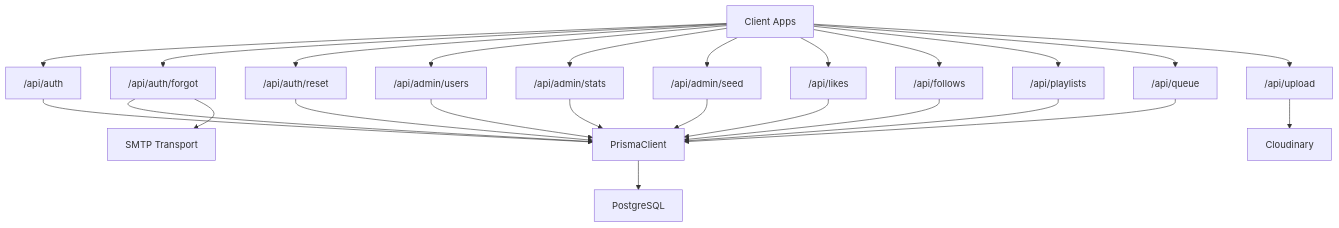
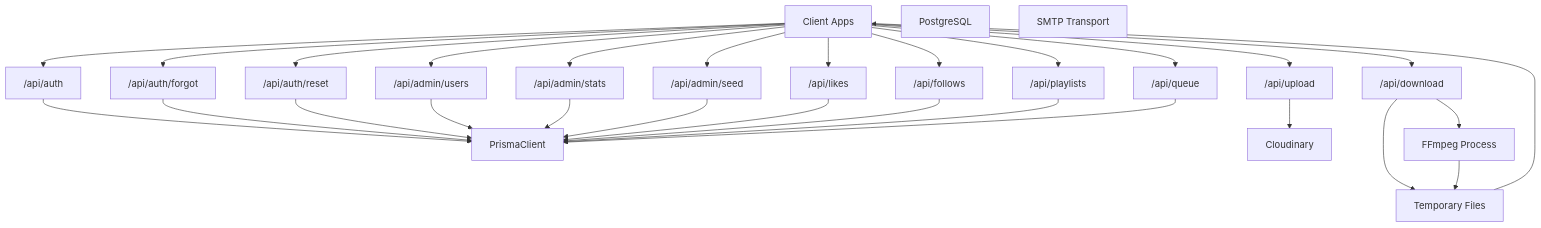
One commit to moindestiny/SonicStream changed the second of 10 diagrams in .qoder/repowiki/en/content/Architecture Overview/Backend Architecture/Backend Architecture.md. Above: the diagram before and after it, drawn with Mermaid. The commit also changed other lines of this file and 12 other files, not shown here.

````diff
--- a/.qoder/repowiki/en/content/Architecture Overview/Backend Architecture/Backend Architecture.md
+++ b/.qoder/repowiki/en/content/Architecture Overview/Backend Architecture/Backend Architecture.md
@@ -126,43 +155,49 @@
 ```mermaid
 graph TB
 CLIENT["Client Apps"]
 AUTH_ROUTE["/api/auth"]
 FORGOT_ROUTE["/api/auth/forgot"]
 RESET_ROUTE["/api/auth/reset"]
 ADMIN_USERS_ROUTE["/api/admin/users"]
 ADMIN_STATS_ROUTE["/api/admin/stats"]
 ADMIN_SEED_ROUTE["/api/admin/seed"]
 LIKES_ROUTE["/api/likes"]
 FOLLOWS_ROUTE["/api/follows"]
 PLAYLISTS_ROUTE["/api/playlists"]
 QUEUE_ROUTE["/api/queue"]
 UPLOAD_ROUTE["/api/upload"]
+DOWNLOAD_ROUTE["/api/download"]
 PRISMA_DB["PrismaClient"]
 PG_DB["PostgreSQL"]
 CLOUDINARY["Cloudinary"]
 SMTP["SMTP Transport"]
+FFMPEG["FFmpeg Process"]
+TEMP_FILES["Temporary Files"]
 CLIENT --> AUTH_ROUTE
 CLIENT --> FORGOT_ROUTE
 CLIENT --> RESET_ROUTE
 CLIENT --> ADMIN_USERS_ROUTE
 CLIENT --> ADMIN_STATS_ROUTE
 CLIENT --> ADMIN_SEED_ROUTE
 CLIENT --> LIKES_ROUTE
 CLIENT --> FOLLOWS_ROUTE
 CLIENT --> PLAYLISTS_ROUTE
 CLIENT --> QUEUE_ROUTE
 CLIENT --> UPLOAD_ROUTE
+CLIENT --> DOWNLOAD_ROUTE
 AUTH_ROUTE --> PRISMA_DB
 FORGOT_ROUTE --> PRISMA_DB
 RESET_ROUTE --> PRISMA_DB
 ADMIN_USERS_ROUTE --> PRISMA_DB
 ADMIN_STATS_ROUTE --> PRISMA_DB
 ADMIN_SEED_ROUTE --> PRISMA_DB
 LIKES_ROUTE --> PRISMA_DB
 FOLLOWS_ROUTE --> PRISMA_DB
 PLAYLISTS_ROUTE --> PRISMA_DB
 QUEUE_ROUTE --> PRISMA_DB
 UPLOAD_ROUTE --> CLOUDINARY
-PRISMA_DB --> PG_DB
-FORGOT_ROUTE --> SMTP
+DOWNLOAD_ROUTE --> FFMPEG
+DOWNLOAD_ROUTE --> TEMP_FILES
+FFMPEG --> TEMP_FILES
+TEMP_FILES --> CLIENT
 ```
````
